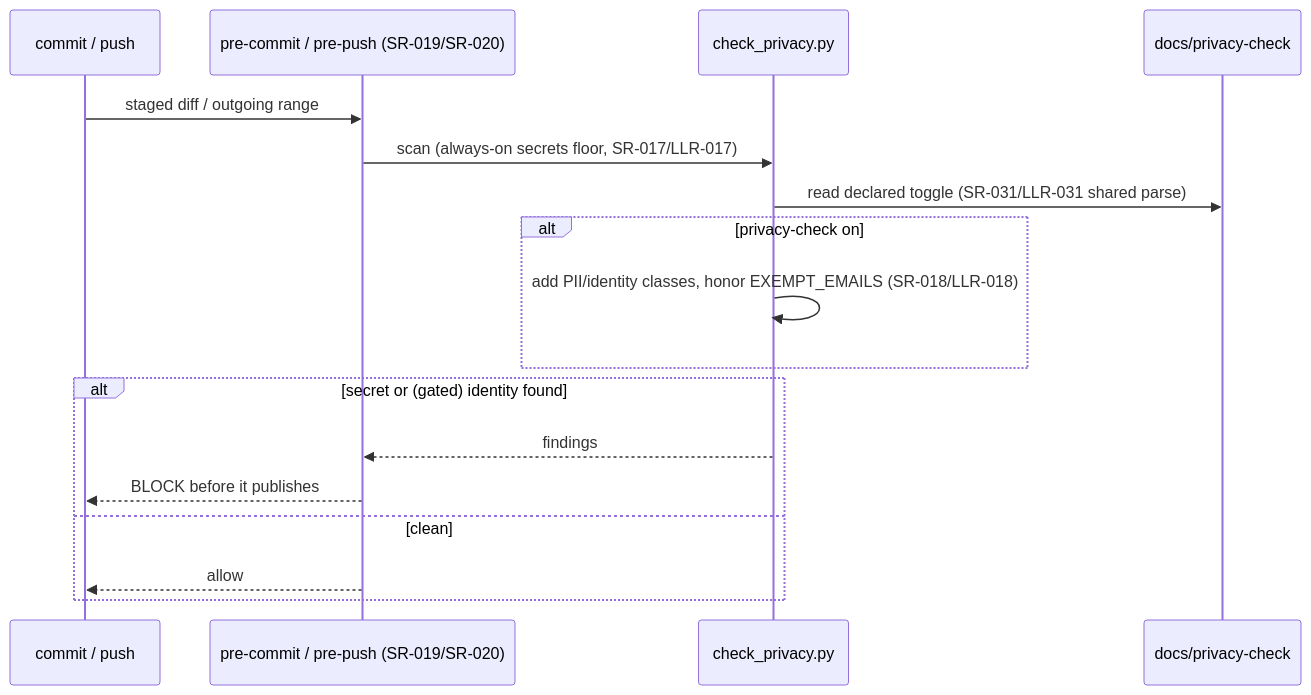
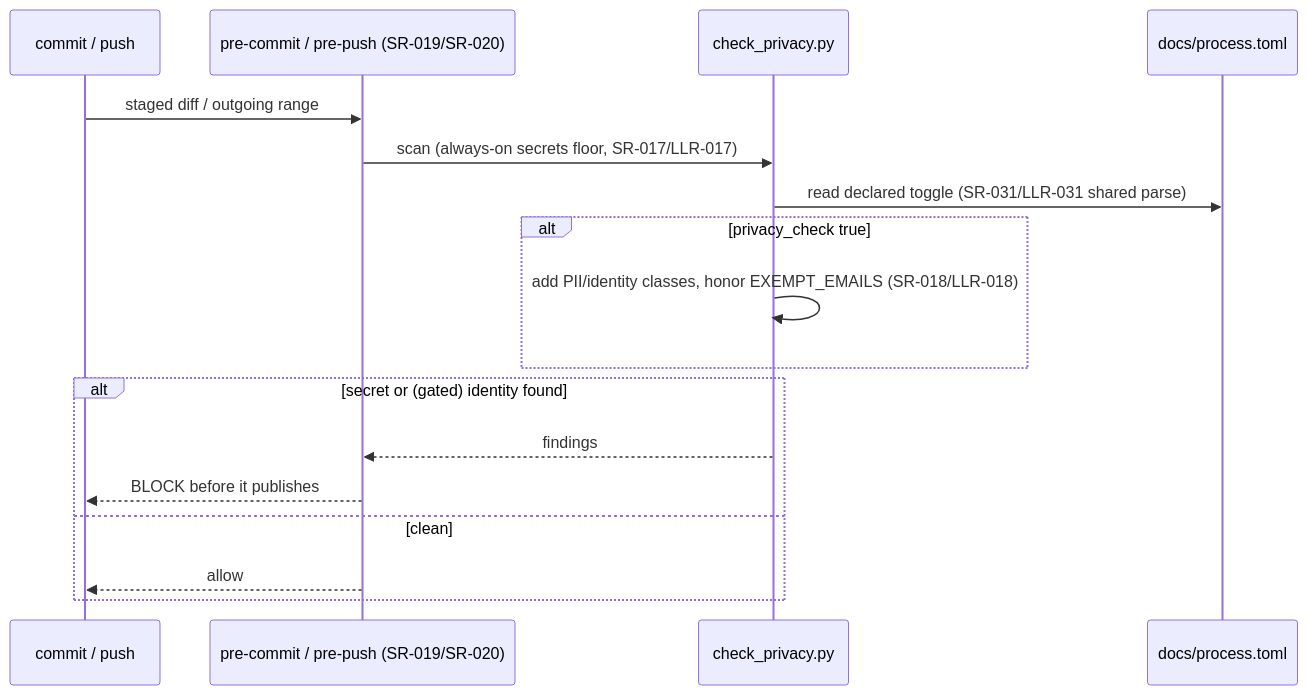
The fourth of 5 diagrams in docs/architecture.md (diytechy/ai-template), drawn with Mermaid before and after one commit. The commit also changed other lines of this file and 79 other files, not shown here.

````diff
--- a/docs/architecture.md
+++ b/docs/architecture.md
@@ -1287,19 +1288,19 @@
 ```mermaid
 sequenceDiagram
     participant Dev as commit / push
     participant Hook as pre-commit / pre-push (SR-019/SR-020)
     participant Priv as check_privacy.py
-    participant Policy as docs/privacy-check
+    participant Policy as docs/process.toml
     Dev->>Hook: staged diff / outgoing range
     Hook->>Priv: scan (always-on secrets floor, SR-017/LLR-017)
     Priv->>Policy: read declared toggle (SR-031/LLR-031 shared parse)
-    alt privacy-check on
+    alt privacy_check true
         Priv->>Priv: add PII/identity classes, honor EXEMPT_EMAILS (SR-018/LLR-018)
     end
     alt secret or (gated) identity found
         Priv-->>Hook: findings
         Hook-->>Dev: BLOCK before it publishes
     else clean
         Hook-->>Dev: allow
     end
 ```
````
